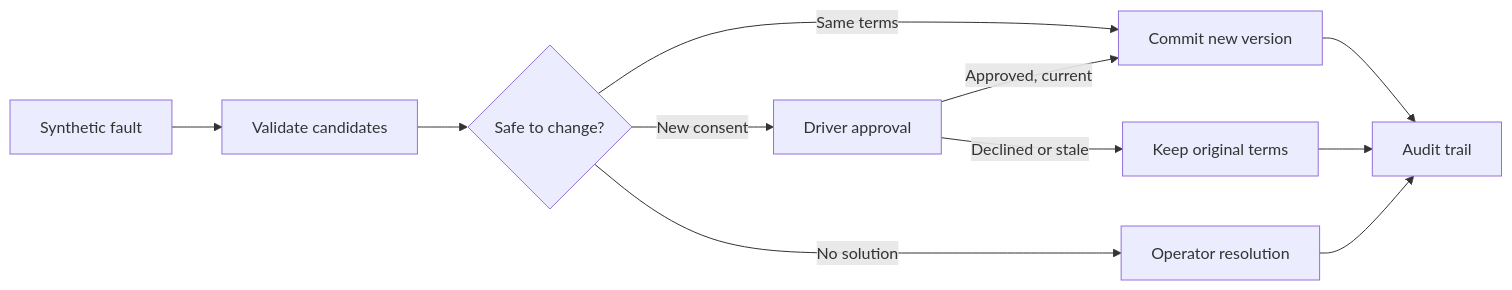
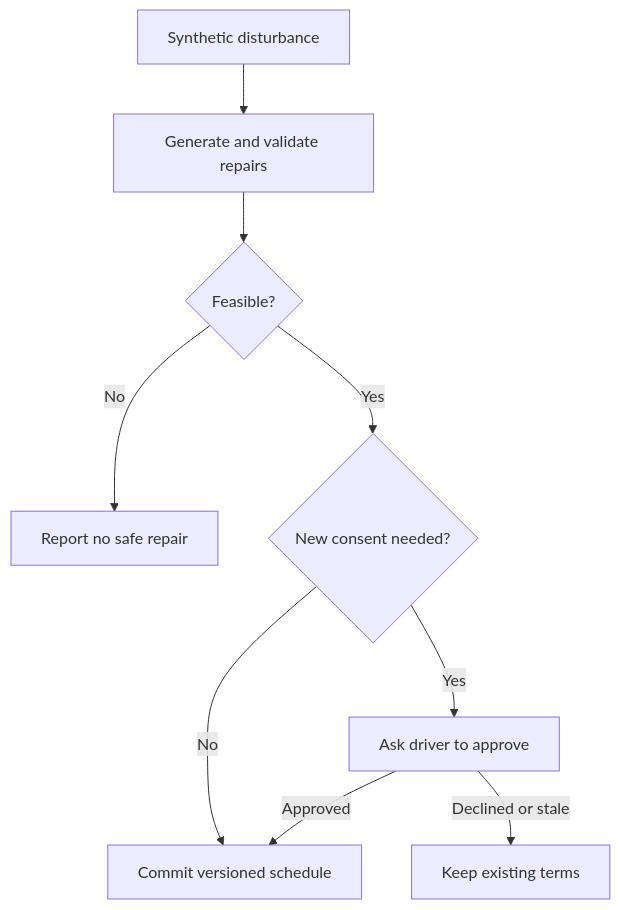
Before and after one commit to piyusha-sayal/gridwindow-flexpay: the second of 3 diagrams in README.md, drawn with Mermaid. The commit also changed other lines of this file, not shown here.

````diff
--- a/README.md
+++ b/README.md
@@ -362,13 +147,11 @@
 ```mermaid
-flowchart LR
-  A[Synthetic fault] --> B[Validate candidates]
-  B --> C{Safe to change?}
-  C -->|Same terms| D[Commit new version]
-  C -->|New consent| E[Driver approval]
-  E -->|Approved, current| D
-  E -->|Declined or stale| F[Keep original terms]
-  C -->|No solution| G[Operator resolution]
-  D --> H[Audit trail]
-  F --> H
-  G --> H
+flowchart TB
+    A["Synthetic disturbance"] --> B["Generate and validate repairs"]
+    B --> C{"Feasible?"}
+    C -->|No| D["Report no safe repair"]
+    C -->|Yes| E{"New consent needed?"}
+    E -->|No| F["Commit versioned schedule"]
+    E -->|Yes| G["Ask driver to approve"]
+    G -->|Approved| F
+    G -->|Declined or stale| H["Keep existing terms"]
 ```
````
